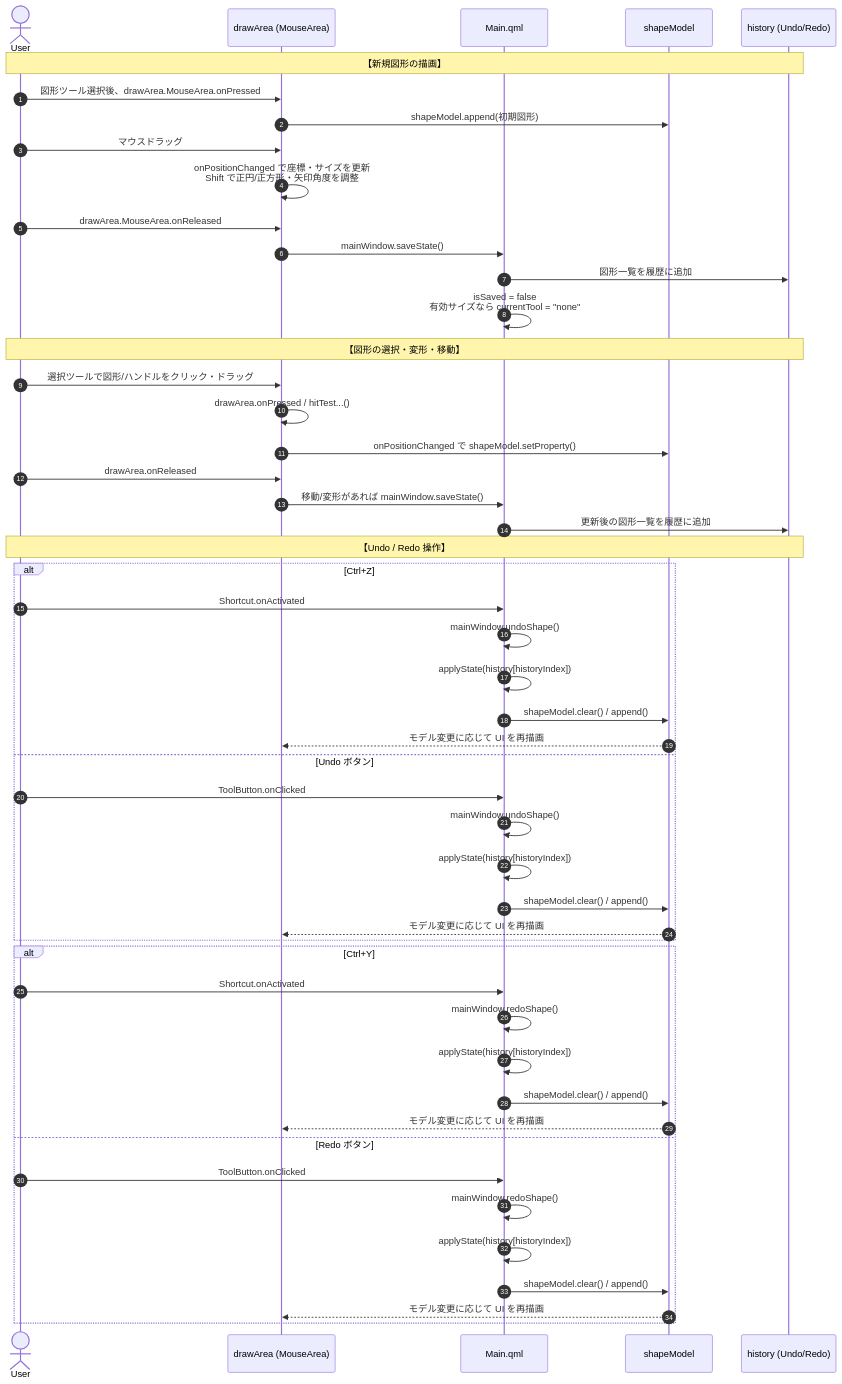
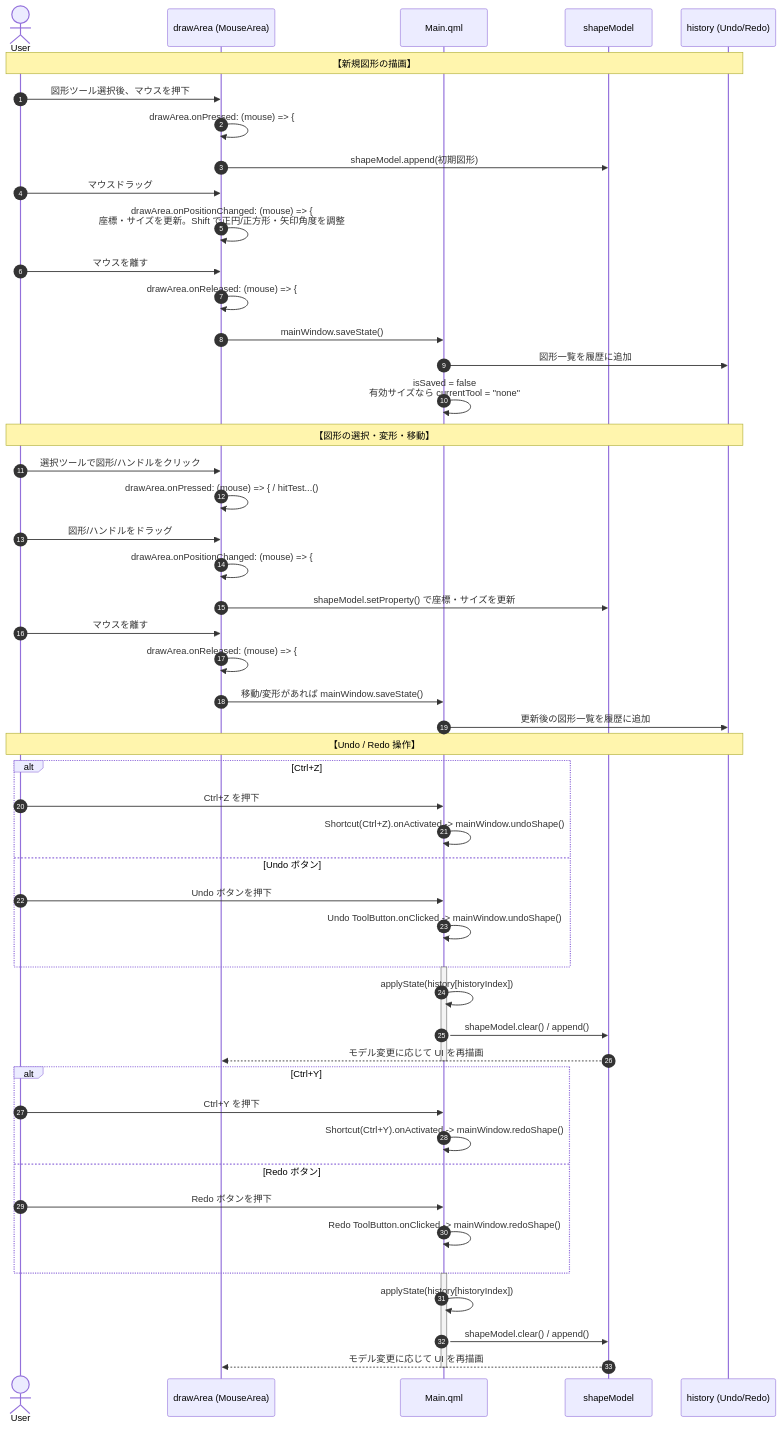
The third of 5 diagrams in docs/sequence_diagrams.md (sscHirano/ImageAnnotator), drawn with Mermaid before and after one commit. The commit also changed other lines of this file, not shown here.

Commit message:
シーケンス図を修正

````diff
--- a/docs/sequence_diagrams.md
+++ b/docs/sequence_diagrams.md
@@ -106,54 +109,57 @@
 ```mermaid
 sequenceDiagram
     autonumber
     actor User
     participant Canvas as drawArea (MouseArea)
     participant QML as Main.qml
     participant Model as shapeModel
     participant History as history (Undo/Redo)
 
     note over User, History: 【新規図形の描画】
-    User->>Canvas: 図形ツール選択後、drawArea.MouseArea.onPressed
+    User->>Canvas: 図形ツール選択後、マウスを押下
+    Canvas->>Canvas: drawArea.onPressed: (mouse) => {
     Canvas->>Model: shapeModel.append(初期図形)
     User->>Canvas: マウスドラッグ
-    Canvas->>Canvas: onPositionChanged で座標・サイズを更新<br/>Shift で正円/正方形・矢印角度を調整
-    User->>Canvas: drawArea.MouseArea.onReleased
+    Canvas->>Canvas: drawArea.onPositionChanged: (mouse) => {<br/>座標・サイズを更新。Shift で正円/正方形・矢印角度を調整
+    User->>Canvas: マウスを離す
+    Canvas->>Canvas: drawArea.onReleased: (mouse) => {
     Canvas->>QML: mainWindow.saveState()
     QML->>History: 図形一覧を履歴に追加
     QML->>QML: isSaved = false<br/>有効サイズなら currentTool = "none"
     note over User, History: 【図形の選択・変形・移動】
-    User->>Canvas: 選択ツールで図形/ハンドルをクリック・ドラッグ
-    Canvas->>Canvas: drawArea.onPressed / hitTest...()
-    Canvas->>Model: onPositionChanged で shapeModel.setProperty()
-    User->>Canvas: drawArea.onReleased
+    User->>Canvas: 選択ツールで図形/ハンドルをクリック
+    Canvas->>Canvas: drawArea.onPressed: (mouse) => { / hitTest...()
+    User->>Canvas: 図形/ハンドルをドラッグ
+    Canvas->>Canvas: drawArea.onPositionChanged: (mouse) => {
+    Canvas->>Model: shapeModel.setProperty() で座標・サイズを更新
+    User->>Canvas: マウスを離す
+    Canvas->>Canvas: drawArea.onReleased: (mouse) => {
     Canvas->>QML: 移動/変形があれば mainWindow.saveState()
     QML->>History: 更新後の図形一覧を履歴に追加
     note over User, History: 【Undo / Redo 操作】
     alt Ctrl+Z
-        User->>QML: Shortcut.onActivated
-            QML->>QML: mainWindow.undoShape()
-            QML->>QML: applyState(history[historyIndex])
-            QML->>Model: shapeModel.clear() / append()
-            Model-->>Canvas: モデル変更に応じて UI を再描画
+        User->>QML: Ctrl+Z を押下
+        QML->>QML: Shortcut(Ctrl+Z).onActivated -> mainWindow.undoShape()
     else Undo ボタン
-        User->>QML: ToolButton.onClicked
-        QML->>QML: mainWindow.undoShape()
+        User->>QML: Undo ボタンを押下
+        QML->>QML: Undo ToolButton.onClicked -> mainWindow.undoShape()
+    end
+        activate QML
         QML->>QML: applyState(history[historyIndex])
         QML->>Model: shapeModel.clear() / append()
         Model-->>Canvas: モデル変更に応じて UI を再描画
-    end
+        deactivate QML
 
     alt Ctrl+Y
-        User->>QML: Shortcut.onActivated
-            QML->>QML: mainWindow.redoShape()
-            QML->>QML: applyState(history[historyIndex])
-            QML->>Model: shapeModel.clear() / append()
-            Model-->>Canvas: モデル変更に応じて UI を再描画
+        User->>QML: Ctrl+Y を押下
+        QML->>QML: Shortcut(Ctrl+Y).onActivated -> mainWindow.redoShape()
     else Redo ボタン
-        User->>QML: ToolButton.onClicked
-        QML->>QML: mainWindow.redoShape()
+        User->>QML: Redo ボタンを押下
+        QML->>QML: Redo ToolButton.onClicked -> mainWindow.redoShape()
+    end
+        activate QML
         QML->>QML: applyState(history[historyIndex])
         QML->>Model: shapeModel.clear() / append()
         Model-->>Canvas: モデル変更に応じて UI を再描画
-    end
+        deactivate QML
 ```
````
